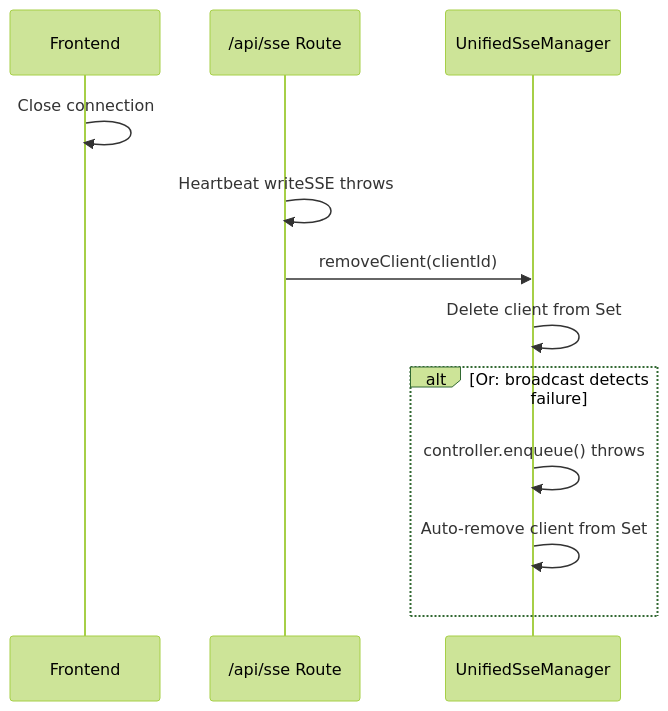
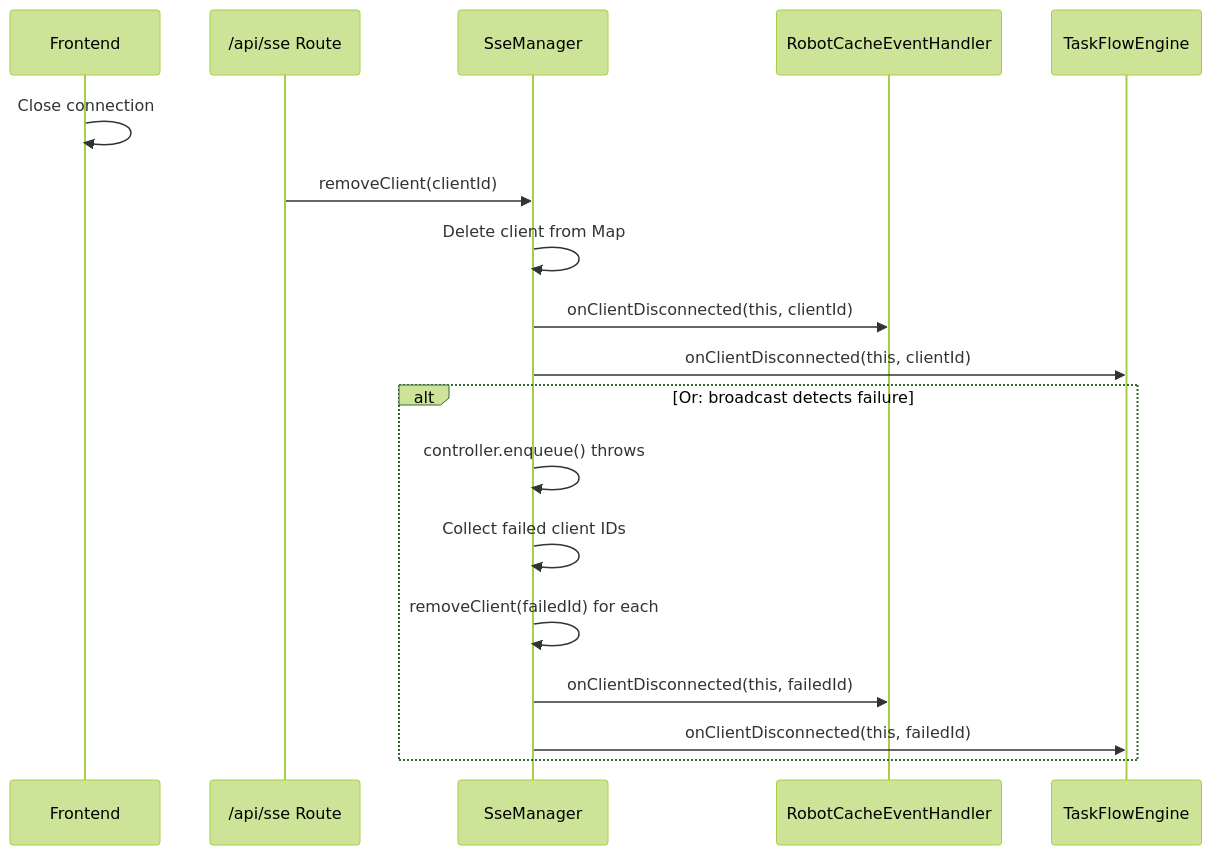
One commit to etrita005/syrius-robotops changed the fourth of 5 diagrams in documents/design/sse-manager.md. Above: the diagram before and after it, drawn with Mermaid (forest theme). The commit also changed other lines of this file and 19 other files, not shown here.

First line of the commit message:
refactor: add ISseManagerEventHandler interface, fix Robot Details SSE subscriptions

````diff
--- a/documents/design/sse-manager.md
+++ b/documents/design/sse-manager.md
@@ -394,16 +486,22 @@
 ```mermaid
 sequenceDiagram
     participant Client as Frontend
     participant Route as /api/sse Route
-    participant SSE as UnifiedSseManager
+    participant SSE as SseManager
+    participant H1 as RobotCacheEventHandler
+    participant H2 as TaskFlowEngine
 
     Client->>Client: Close connection
-    Route->>Route: Heartbeat writeSSE throws
     Route->>SSE: removeClient(clientId)
-    SSE->>SSE: Delete client from Set
+    SSE->>SSE: Delete client from Map
+    SSE->>H1: onClientDisconnected(this, clientId)
+    SSE->>H2: onClientDisconnected(this, clientId)
 
     alt Or: broadcast detects failure
         SSE->>SSE: controller.enqueue() throws
-        SSE->>SSE: Auto-remove client from Set
+        SSE->>SSE: Collect failed client IDs
+        SSE->>SSE: removeClient(failedId) for each
+        SSE->>H1: onClientDisconnected(this, failedId)
+        SSE->>H2: onClientDisconnected(this, failedId)
     end
 ```
````
